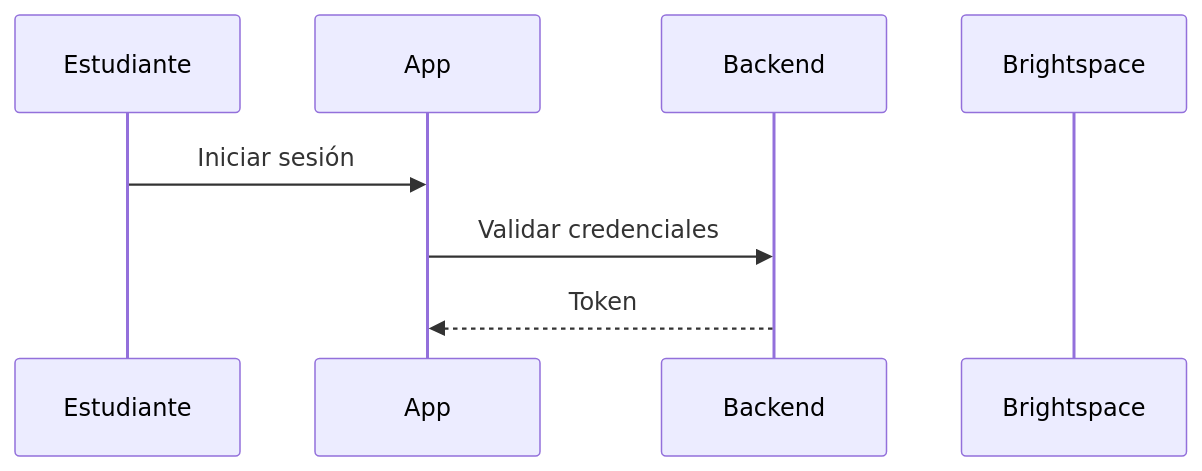
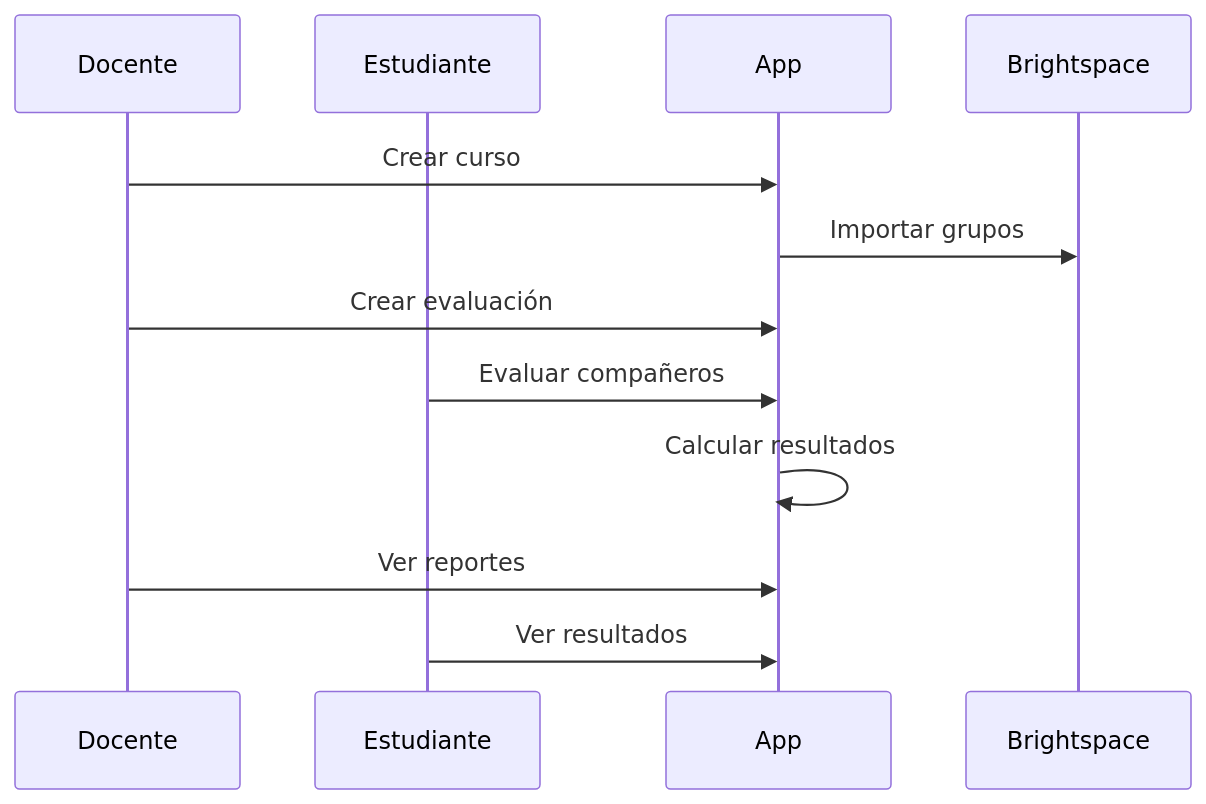
One commit to MatizS27/mobile-app-project changed the diagram in samuel/README.md. Above: the diagram before and after it, drawn with Mermaid. The commit also changed other lines of this file, not shown here.

````diff
--- a/samuel/README.md
+++ b/samuel/README.md
@@ -195,10 +112,15 @@
 ```mermaid
 sequenceDiagram
+participant D as Docente
 participant S as Estudiante
 participant APP as App
-participant API as Backend
 participant LMS as Brightspace
-S->>APP: Iniciar sesión
-APP->>API: Validar credenciales
-API-->>APP: Token
+
+D->>APP: Crear curso
+APP->>LMS: Importar grupos
+D->>APP: Crear evaluación
+S->>APP: Evaluar compañeros
+APP->>APP: Calcular resultados
+D->>APP: Ver reportes
+S->>APP: Ver resultados
 ```
````
